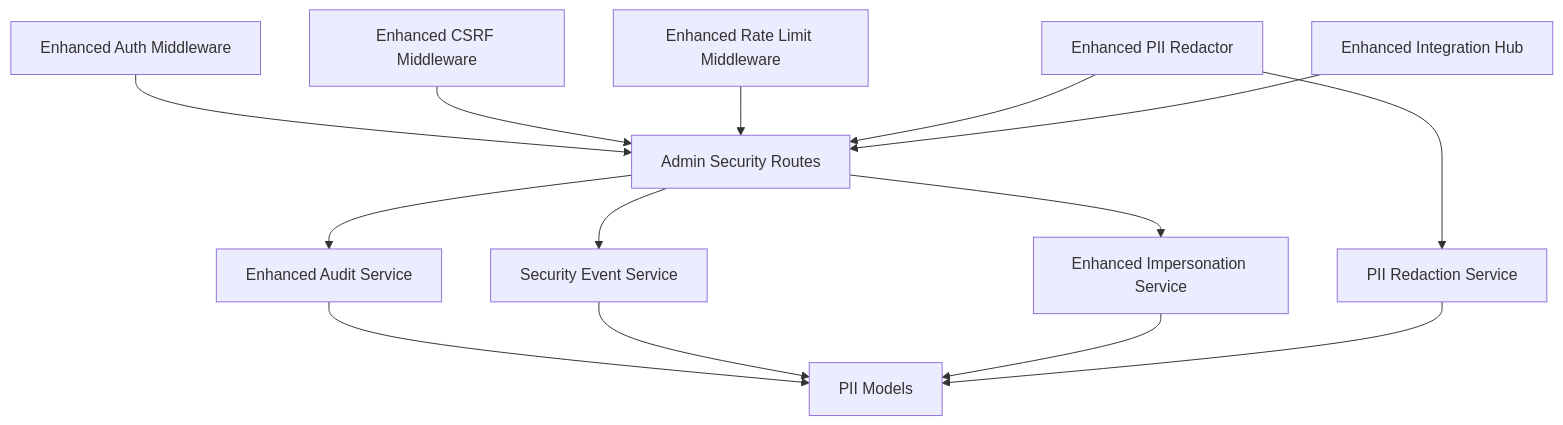
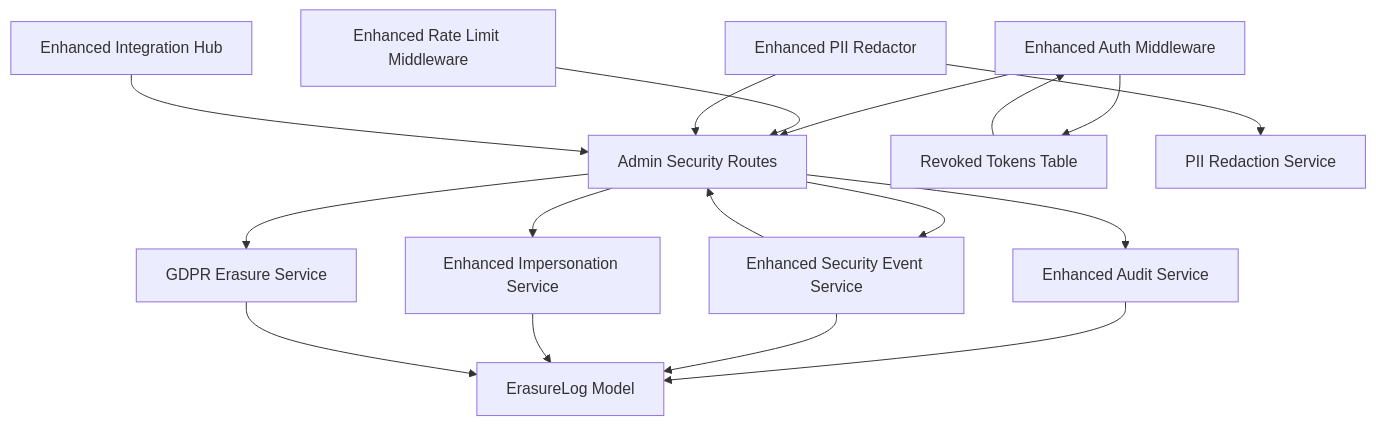
Before and after one commit to Revanththetalogics/aireume: the tenth of 10 diagrams in .qoder/repowiki/en/content/Advanced Topics/Enterprise Security and Compliance.md, drawn with Mermaid. The commit also changed other lines of this file and 13 other files, not shown here.

````diff
--- a/.qoder/repowiki/en/content/Advanced Topics/Enterprise Security and Compliance.md
+++ b/.qoder/repowiki/en/content/Advanced Topics/Enterprise Security and Compliance.md
@@ -663,16 +669,19 @@
 ```mermaid
 graph TB
 AUTH["Enhanced Auth Middleware"] --> ADMIN["Admin Security Routes"]
-CSRF["Enhanced CSRF Middleware"] --> ADMIN
-RL["Enhanced Rate Limit Middleware"] --> ADMIN
+AUTH --> REVOKED_TOKENS["Revoked Tokens Table"]
+RATE_LIMIT["Enhanced Rate Limit Middleware"] --> ADMIN
+SEC_EVT["Enhanced Security Event Service"] --> ADMIN
 ADMIN --> AUDIT["Enhanced Audit Service"]
-ADMIN --> SEC_EVT["Security Event Service"]
+ADMIN --> SEC_EVT
 ADMIN --> IMPL["Enhanced Impersonation Service"]
+ADMIN --> ERASURE["GDPR Erasure Service"]
 PII["Enhanced PII Redactor"] --> ADMIN
 PII --> PII_SERVICE["PII Redaction Service"]
 INT_HUB["Enhanced Integration Hub"] --> ADMIN
 AUDIT --> DB_MODELS["Security & Audit Models"]
 SEC_EVT --> DB_MODELS["SecurityEvent Model"]
 IMPL --> DB_MODELS["ImpersonationSession Model"]
-PII_SERVICE --> DB_MODELS["PII Models"]
+ERASURE --> DB_MODELS["ErasureLog Model"]
+REVOKED_TOKENS --> AUTH
 ```
````
